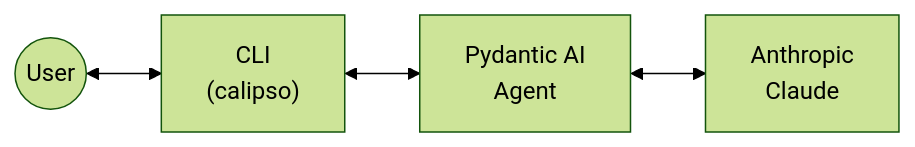
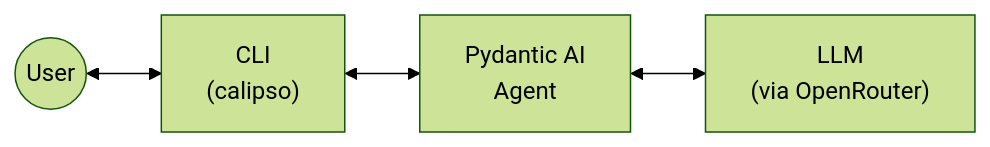
The first of 2 diagrams in docs/src/overview/README.md (nilp0inter/calipso), drawn with Mermaid (forest theme) before and after one commit. The commit also changed 3 other files, not shown here.

````diff
--- a/docs/src/overview/README.md
+++ b/docs/src/overview/README.md
@@ -5,6 +5,6 @@
 ```mermaid
 flowchart LR
     User((User)) <--> CLI["CLI\n(calipso)"]
     CLI <--> Agent["Pydantic AI\nAgent"]
-    Agent <--> LLM["Anthropic\nClaude"]
+    Agent <--> LLM["LLM\n(via OpenRouter)"]
 ```
````
